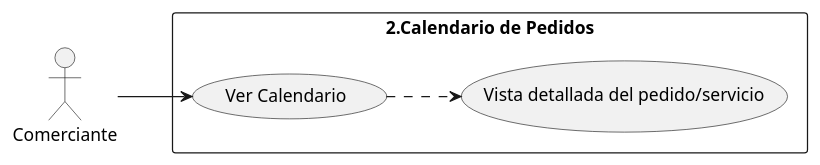
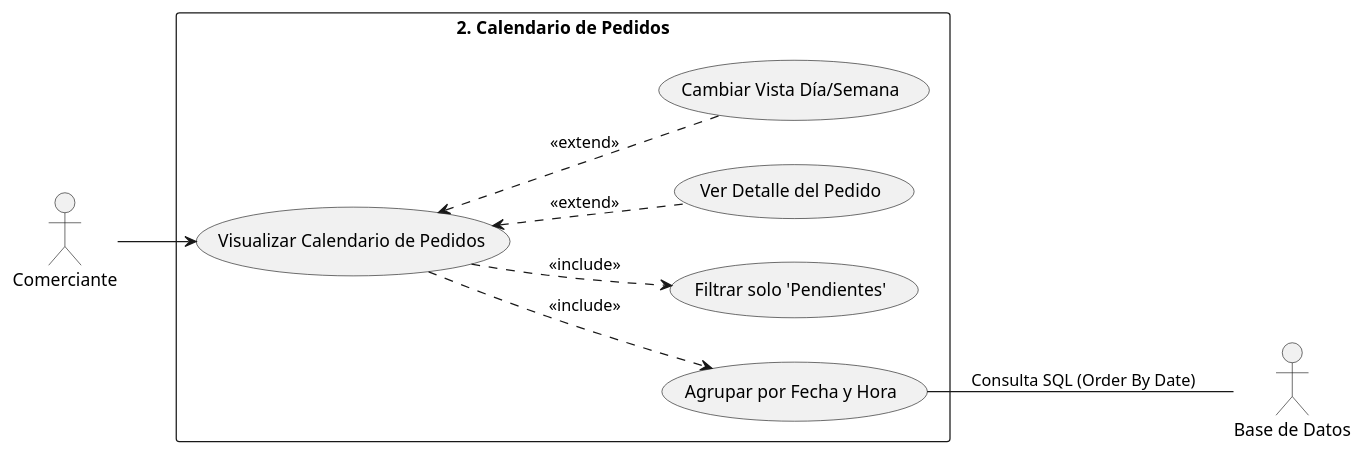
One commit to cnordia/Casos-de-usos changed the diagram in 2.Calendario de Pedidos.puml. Above: the diagram before and after it, drawn with PlantUML. The commit also changed 12 other files, not shown here.

```diff
--- a/2.Calendario de Pedidos.puml
+++ b/2.Calendario de Pedidos.puml
@@ -1,19 +1,30 @@
 @startuml
 left to right direction
 skinparam packageStyle rectangle
 
+actor "Comerciante" as M
+actor "Base de Datos" as DB
 
-actor "Comerciante" as C
+rectangle "2. Calendario de Pedidos" {
+  
+  (Visualizar Calendario de Pedidos) as UC_Cal
+  
+  (Agrupar por Fecha y Hora) as UC_Sort
+  (Filtrar solo 'Pendientes') as UC_Filter
+  
+  (Ver Detalle del Pedido) as UC_Detalles
+  (Cambiar Vista Día/Semana) as UC_Vista
+}
 
+M --> UC_Cal
 
-rectangle "2.Calendario de Pedidos" {
-  
-  (Ver Calendario) as UC1
-  (Vista detallada del pedido/servicio) as UC2
- }
-  
+UC_Cal ..> UC_Sort : <<include>>
+UC_Cal ..> UC_Filter : <<include>>
 
-C --> UC1
-UC1 ..> UC2
+UC_Cal <.. UC_Detalles : <<extend>>
+
+UC_Cal <.. UC_Vista : <<extend>>
+
+UC_Sort -- DB : Consulta SQL (Order By Date)
 
 @enduml
```
